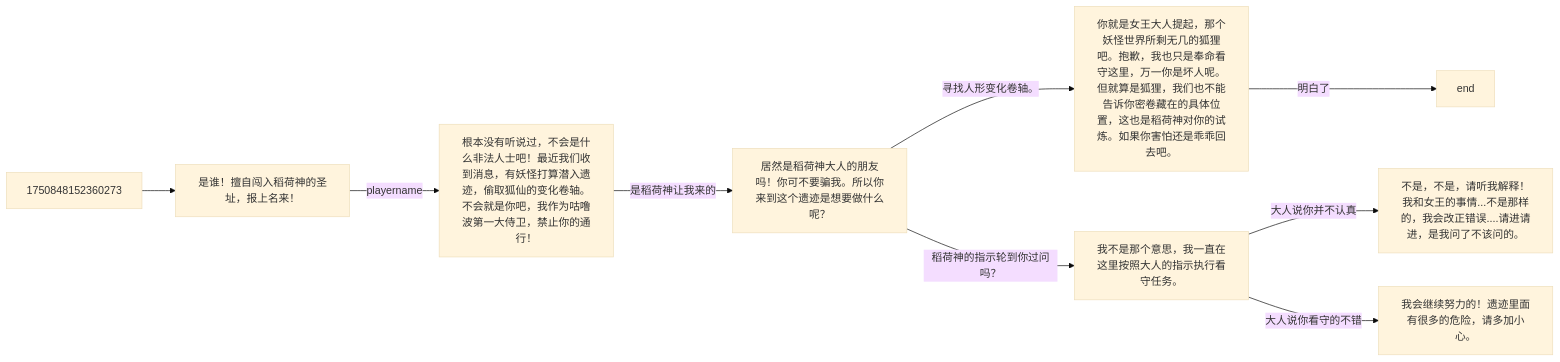
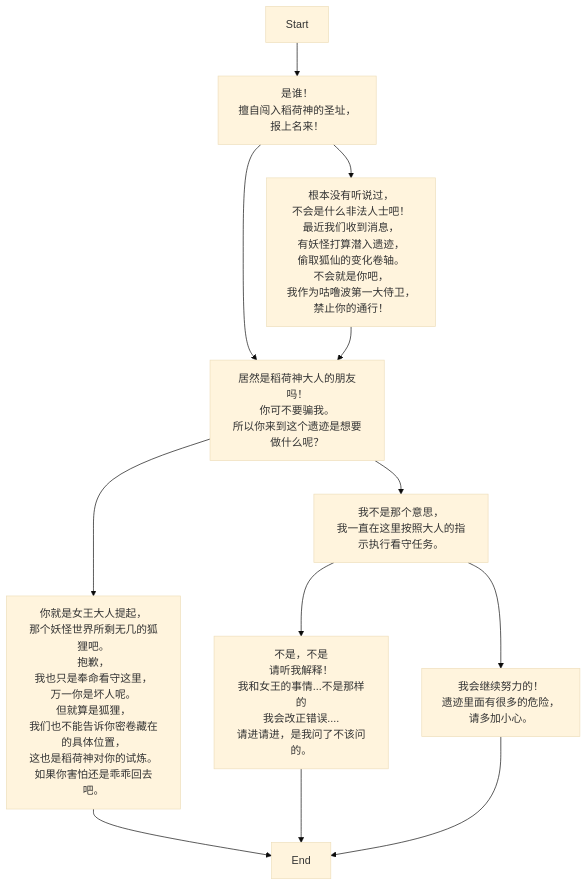
One commit to SoftHu/tos_avg changed the diagram in ttt.md. Above: the diagram before and after it, drawn with Mermaid (base theme).

````diff
--- a/ttt.md
+++ b/ttt.md
@@ -1,11 +1,51 @@
 ```mermaid
-graph LR
-1750848152360273 --> 1750848156954962[是谁！擅自闯入稻荷神的圣址，报上名来！]
-1750853393863193 -->|是稻荷神让我来的| 1750853271600663[居然是稻荷神大人的朋友吗！你可不要骗我。所以你来到这个遗迹是想要做什么呢？]
-1750848156954962 -->|playername| 1750853393863193[根本没有听说过，不会是什么非法人士吧！最近我们收到消息，有妖怪打算潜入遗迹，偷取狐仙的变化卷轴。不会就是你吧，我作为咕噜波第一大侍卫，禁止你的通行！]
-1750853271600663 -->|寻找人形变化卷轴。| 1750854219493922[你就是女王大人提起，那个妖怪世界所剩无几的狐狸吧。抱歉，我也只是奉命看守这里，万一你是坏人呢。但就算是狐狸，我们也不能告诉你密卷藏在的具体位置，这也是稻荷神对你的试炼。如果你害怕还是乖乖回去吧。]
-1750853271600663 -->|稻荷神的指示轮到你过问吗？| 1750854225186339[我不是那个意思，我一直在这里按照大人的指示执行看守任务。]
-1750854219493922 -->|明白了| 1750848158538067[end]
-1750854225186339 -->|大人说你并不认真| 1750854340736553[不是，不是，请听我解释！我和女王的事情...不是那样的，我会改正错误....请进请进，是我问了不该问的。]
-1750854225186339 -->|大人说你看守的不错| 1750854417801770[我会继续努力的！遗迹里面有很多的危险，请多加小心。]    
-```
+graph
+Start -->1750848156954962[
+是谁！
+擅自闯入稻荷神的圣址，
+报上名来！
+]
+1750848156954962 -->1750853271600663[
+居然是稻荷神大人的朋友吗！
+你可不要骗我。
+所以你来到这个遗迹是想要做什么呢？]
+1750848156954962 -->1750853393863193[
+根本没有听说过，
+不会是什么非法人士吧！
+最近我们收到消息，
+有妖怪打算潜入遗迹，
+偷取狐仙的变化卷轴。
+不会就是你吧，
+我作为咕噜波第一大侍卫，
+禁止你的通行！]
+1750853271600663 -->1750854219493922[
+你就是女王大人提起，
+那个妖怪世界所剩无几的狐狸吧。
+抱歉，
+我也只是奉命看守这里，
+万一你是坏人呢。
+但就算是狐狸，
+我们也不能告诉你密卷藏在的具体位置，
+这也是稻荷神对你的试炼。如果你害怕还是乖乖回去吧。]
+1750853271600663 -->1750854225186339[
+我不是那个意思，
+我一直在这里按照大人的指示执行看守任务。]
+1750854219493922 -->1750848158538067[End]
+1750854225186339 -->1750854340736553[
+不是，不是
+请听我解释！
+我和女王的事情...不是那样的
+我会改正错误....
+请进请进，是我问了不该问的。]
+1750854225186339 -->1750854417801770[
+我会继续努力的！
+遗迹里面有很多的危险，
+请多加小心。]
+1750854340736553 -->1750848158538067[End]
+1750854417801770 -->1750848158538067[End]
+1750853393863193 -->1750853271600663[
+居然是稻荷神大人的朋友吗！
+你可不要骗我。
+所以你来到这个遗迹是想要做什么呢？]
+
+ ```
````
